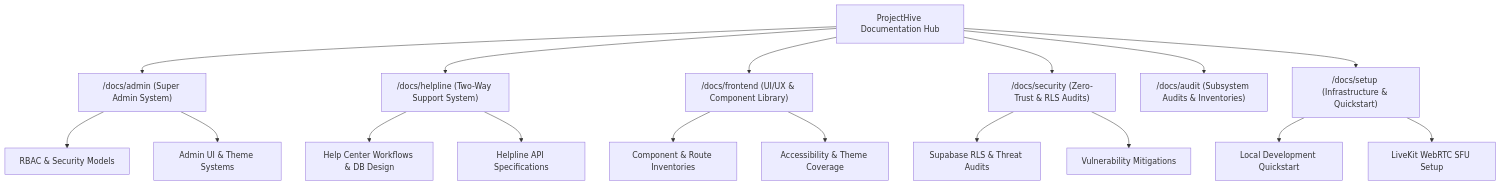
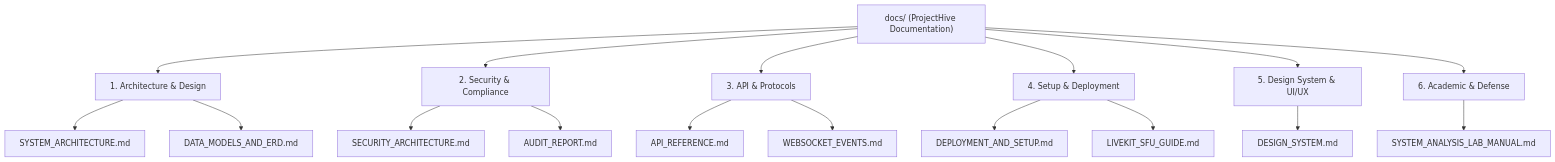
The diagram in docs/README.md (Ti838/Project-Hive), drawn with Mermaid before and after one commit. The commit also changed other lines of this file and 110 other files, not shown here.

Commit message:
docs: consolidate architecture documentation, add pro-level Mermaid diagrams, and clean legacy files

````diff
--- a/docs/README.md
+++ b/docs/README.md
@@ -14,24 +9,27 @@
 ```mermaid
 graph TD
-    RootDoc["ProjectHive Documentation Hub"] --> AdminZone["/docs/admin (Super Admin System)"]
-    RootDoc --> HelpZone["/docs/helpline (Two-Way Support System)"]
-    RootDoc --> FrontZone["/docs/frontend (UI/UX & Component Library)"]
-    RootDoc --> SecZone["/docs/security (Zero-Trust & RLS Audits)"]
-    RootDoc --> AuditZone["/docs/audit (Subsystem Audits & Inventories)"]
-    RootDoc --> SetupZone["/docs/setup (Infrastructure & Quickstart)"]
+    DocsRoot["docs/ (ProjectHive Documentation)"]
 
-    AdminZone --> AdminRBAC["RBAC & Security Models"]
-    AdminZone --> AdminUI["Admin UI & Theme Systems"]
-    
-    HelpZone --> HelpFlow["Help Center Workflows & DB Design"]
-    HelpZone --> HelpAPI["Helpline API Specifications"]
+    DocsRoot --> Arch["1. Architecture & Design"]
+    DocsRoot --> Sec["2. Security & Compliance"]
+    DocsRoot --> API["3. API & Protocols"]
+    DocsRoot --> Setup["4. Setup & Deployment"]
+    DocsRoot --> UIUX["5. Design System & UI/UX"]
+    DocsRoot --> Acad["6. Academic & Defense"]
 
-    FrontZone --> FrontComp["Component & Route Inventories"]
-    FrontZone --> FrontA11y["Accessibility & Theme Coverage"]
+    Arch --> Arch1["SYSTEM_ARCHITECTURE.md"]
+    Arch --> Arch2["DATA_MODELS_AND_ERD.md"]
 
-    SecZone --> SupabaseAudit["Supabase RLS & Threat Audits"]
-    SecZone --> SecurityPolicy["Vulnerability Mitigations"]
+    Sec --> Sec1["SECURITY_ARCHITECTURE.md"]
+    Sec --> Sec2["AUDIT_REPORT.md"]
 
-    SetupZone --> Quickstart["Local Development Quickstart"]
-    SetupZone --> LiveKitDoc["LiveKit WebRTC SFU Setup"]
+    API --> API1["API_REFERENCE.md"]
+    API --> API2["WEBSOCKET_EVENTS.md"]
+
+    Setup --> Set1["DEPLOYMENT_AND_SETUP.md"]
+    Setup --> Set2["LIVEKIT_SFU_GUIDE.md"]
+
+    UIUX --> UI1["DESIGN_SYSTEM.md"]
+
+    Acad --> Acad1["SYSTEM_ANALYSIS_LAB_MANUAL.md"]
 ```
````
